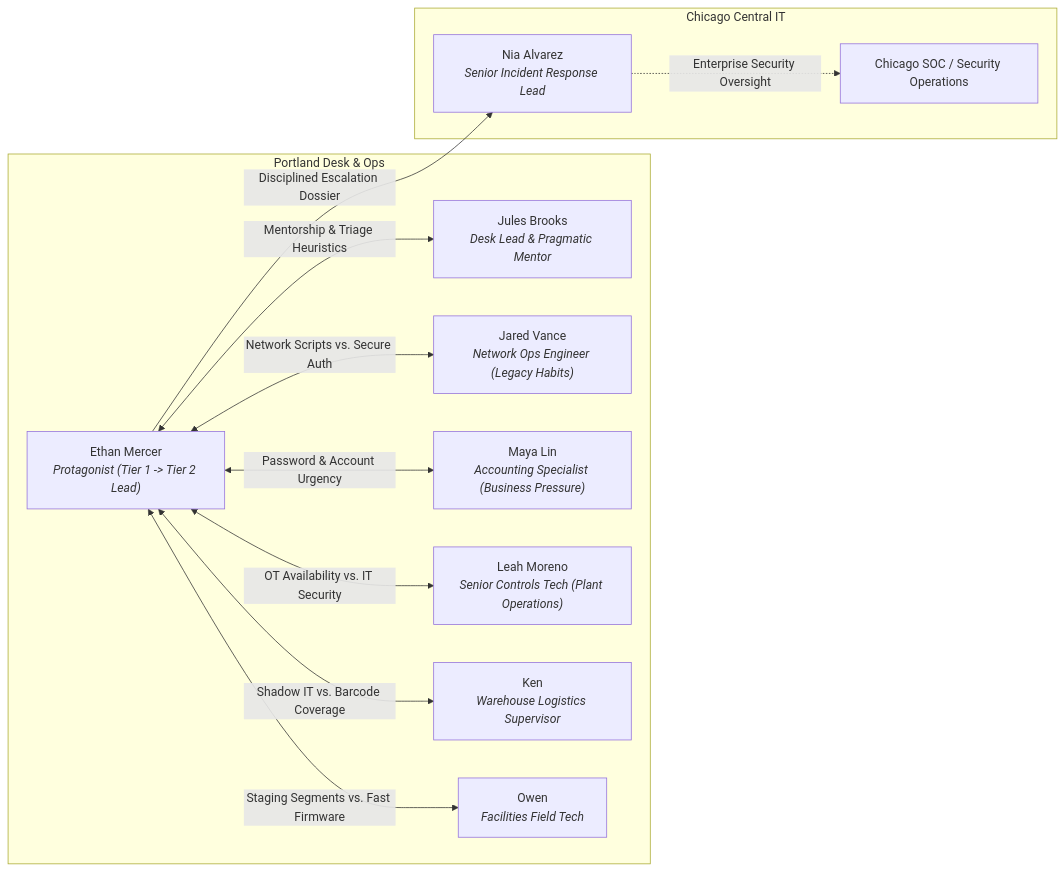
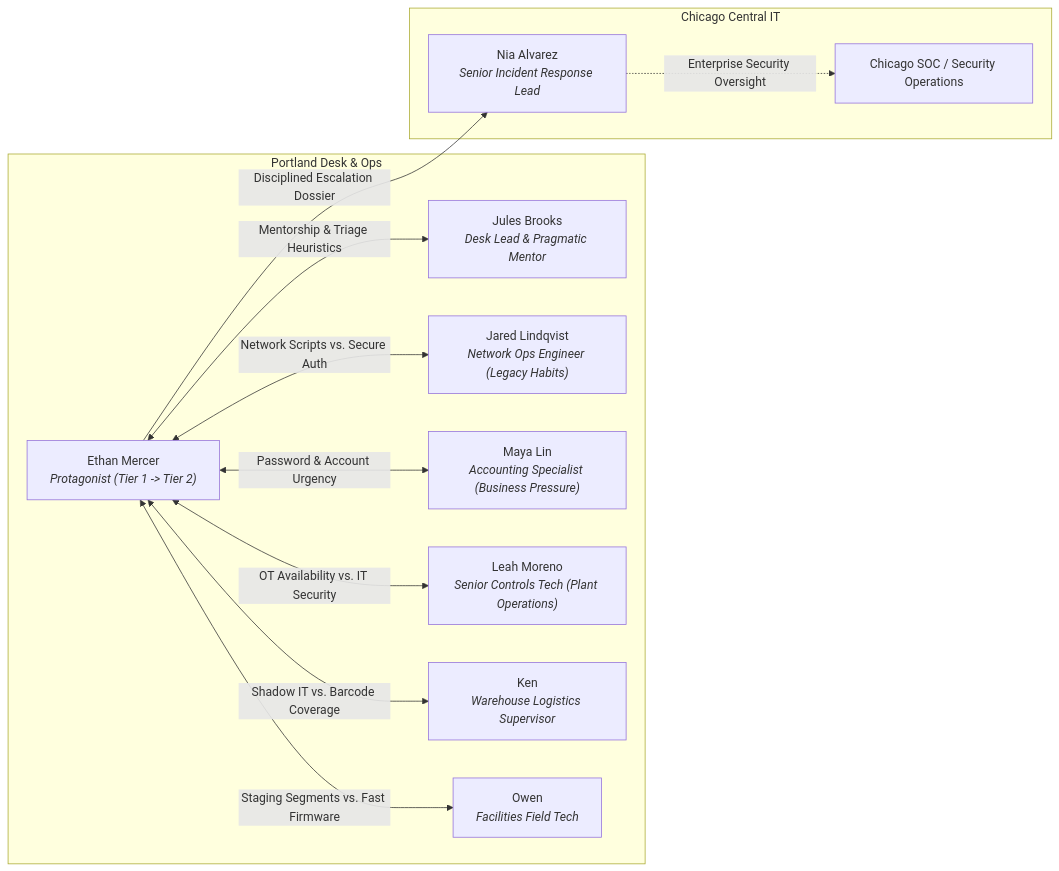
The diagram in docs/research/PORTLAND_AUTHOR_BIBLE.md (cwarloe/learning-narrative-kit), drawn with Mermaid before and after one commit. The commit also changed other lines of this file and 29 other files, not shown here.

Commit message:
Charles's decisions: Ep 12 ends with the application (offer opens Book 1); Jared is now Jared Lindqvist; lab sections 1-5 aligned with chapters (dates, names, evidence IDs), invented drills labeled practice cases; surnames only on introduction (rule 10); check_dates.py checks ISO dates

````diff
--- a/docs/research/PORTLAND_AUTHOR_BIBLE.md
+++ b/docs/research/PORTLAND_AUTHOR_BIBLE.md
@@ -57,26 +57,26 @@
 ```mermaid
 graph LR
     subgraph Portland Desk & Ops
-        Ethan["Ethan Mercer<br/><i>Protagonist (Tier 1 -> Tier 2 Lead)</i>"]
+        Ethan["Ethan Mercer<br/><i>Protagonist (Tier 1 -> Tier 2)</i>"]
         Jules["Jules Brooks<br/><i>Desk Lead & Pragmatic Mentor</i>"]
-        Jared["Jared Vance<br/><i>Network Ops Engineer (Legacy Habits)</i>"]
+        Jared["Jared Lindqvist<br/><i>Network Ops Engineer (Legacy Habits)</i>"]
         Maya["Maya Lin<br/><i>Accounting Specialist (Business Pressure)</i>"]
         Leah["Leah Moreno<br/><i>Senior Controls Tech (Plant Operations)</i>"]
         Ken["Ken<br/><i>Warehouse Logistics Supervisor</i>"]
         Owen["Owen<br/><i>Facilities Field Tech</i>"]
     end
 
     subgraph Chicago Central IT
         Nia["Nia Alvarez<br/><i>Senior Incident Response Lead</i>"]
         CentralSOC["Chicago SOC / Security Operations"]
     end
 
     Ethan <-->|Mentorship & Triage Heuristics| Jules
     Ethan <-->|Network Scripts vs. Secure Auth| Jared
     Ethan <-->|Password & Account Urgency| Maya
     Ethan <-->|OT Availability vs. IT Security| Leah
     Ethan <-->|Shadow IT vs. Barcode Coverage| Ken
     Ethan <-->|Staging Segments vs. Fast Firmware| Owen
     Ethan -->|Disciplined Escalation Dossier| Nia
     Nia -.->|Enterprise Security Oversight| CentralSOC
 ```
````
